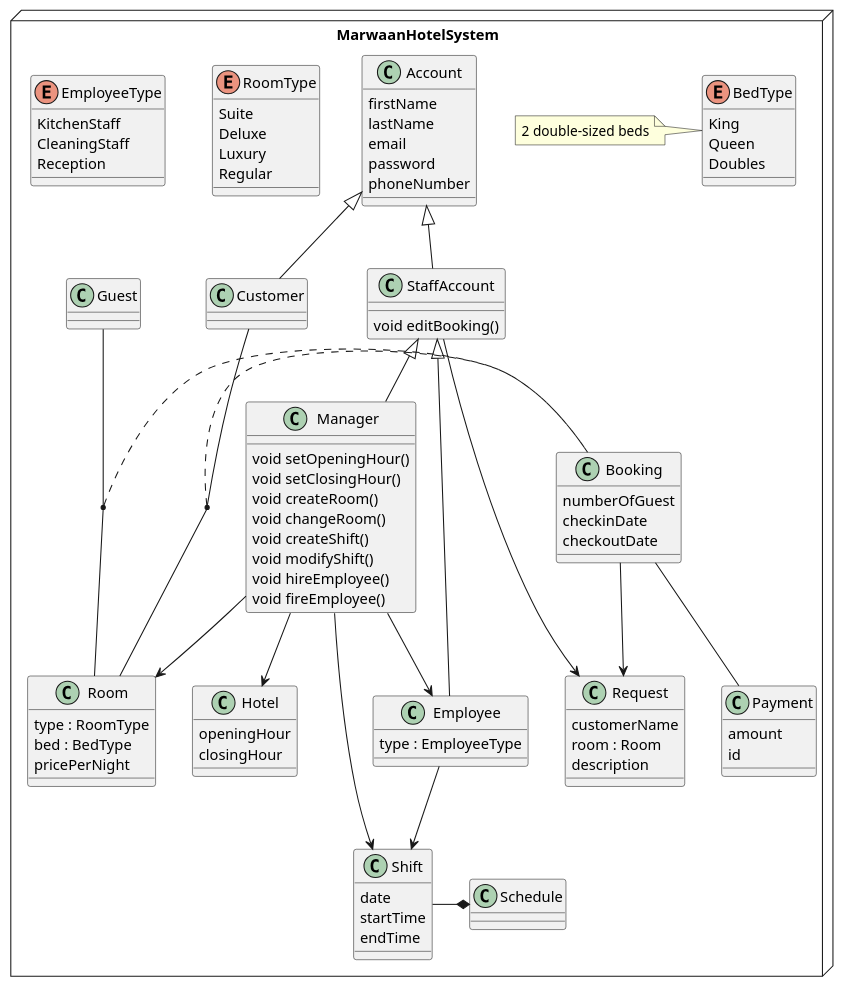
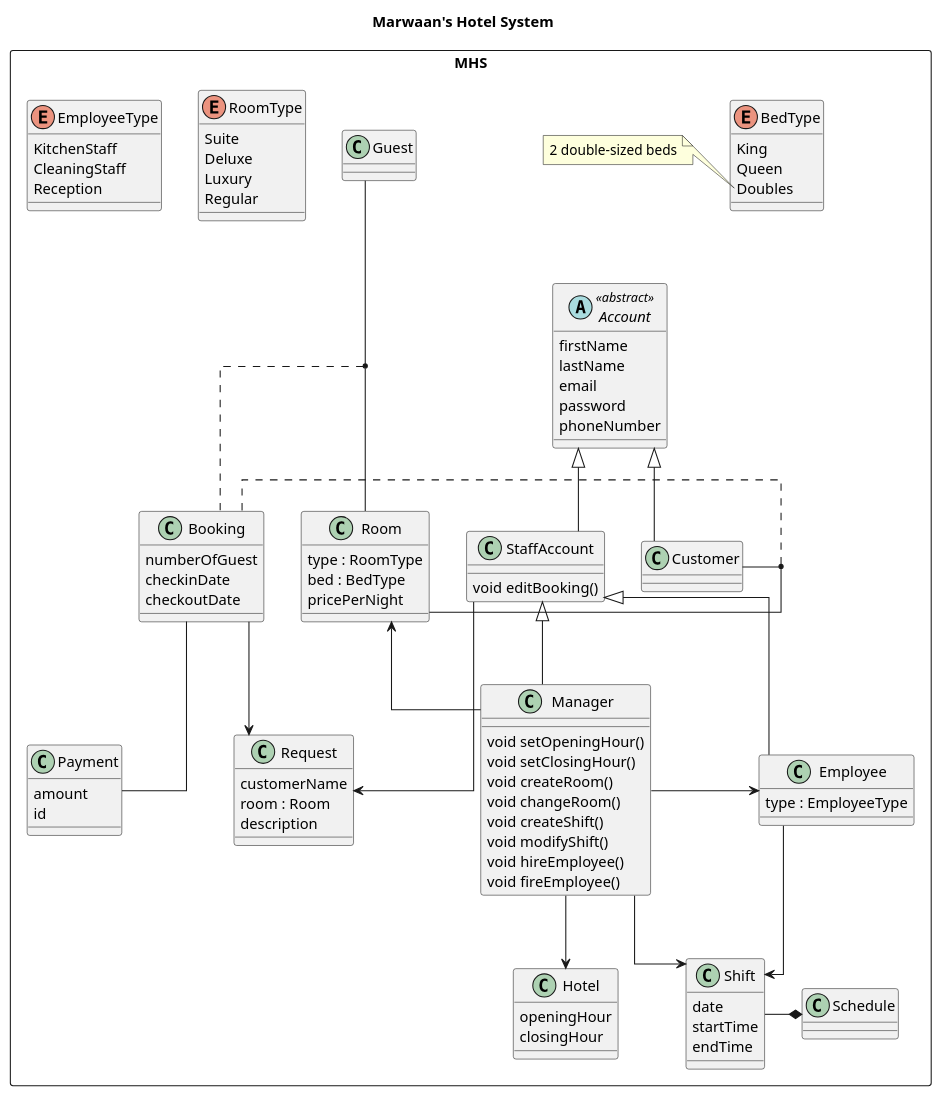
Before and after one commit to notkaramel/ECSE321-Mar1HotelSystem: the diagram in UML/DomainModel.plantuml, drawn with PlantUML. The commit also changed 2 other files, not shown here.

```diff
--- a/UML/DomainModel.plantuml
+++ b/UML/DomainModel.plantuml
@@ -1,112 +1,131 @@
 @startuml MHS
-package MarwaanHotelSystem <<Node>> {
-    Class Account {
-        firstName
-        lastName
-        email
-        password
-        phoneNumber
+title Marwaan's Hotel System
+top to bottom direction
+skinparam linetype ortho
+
+package MHS <<Rectangle>> {
+    together {
+
+        abstract Class Account <<abstract>>{
+            firstName
+            lastName
+            email
+            password
+            phoneNumber
+        }
+
+        Class StaffAccount {
+            void editBooking()
+        }
+
+        Account <|-down- StaffAccount
+        Account <|-down- Customer
+
+        Class Manager {
+            void setOpeningHour()
+            void setClosingHour()
+            void createRoom()
+            void changeRoom()
+            void createShift()
+            void modifyShift()
+            void hireEmployee()
+            void fireEmployee()
+        }
+
+        Class Employee {
+            type : EmployeeType
+        }
+
+        StaffAccount <|-down- Manager
+        StaffAccount <|-down- Employee
+
+
+        Class Customer {
+        }
+    }
+    Class Guest
+
+    together {
+
+        Class Room {
+            type : RoomType
+            bed : BedType
+            pricePerNight
+        }
+
+        Class Booking {
+            numberOfGuest
+            checkinDate
+            checkoutDate
+        }
+
+        Class Request {
+            customerName
+            room : Room
+            description
+        }
     }
 
-    Class StaffAccount extends Account {
-        void editBooking()
+
+    Class Hotel {
+        openingHour
+        closingHour
     }
-
-    Class Manager extends StaffAccount {
-        void setOpeningHour()
-        void setClosingHour()
-        void createRoom()
-        void changeRoom()
-        void createShift()
-        void modifyShift()
-        void hireEmployee()
-        void fireEmployee()
-    }
-
-    Class Employee extends StaffAccount {
-        type : EmployeeType
-    }
-
-    Class Room {
-        type : RoomType
-        bed : BedType
-        pricePerNight
-    }
-
-    Class Booking {
-        numberOfGuest
-        checkinDate
-        checkoutDate
-    }
-
-    Class Request {
-        customerName
-        room : Room
-        description
-    }
-
-    Class Customer extends Account {
-    }
-
-    Class Guest
 
     Class Payment {
         amount
         id
     }
 
     Class Shift {
         date
         startTime
         endTime
     }
 
     Class Schedule
 
-    Class Hotel {
-        openingHour
-        closingHour
-    }
 
     Manager --> Room
     Manager --> Hotel
 
-    Manager --> Employee
+    Manager -left-> Employee
     StaffAccount --> Request
 
     Employee --> Shift
 
     Manager --> Shift
 
     Booking -- Payment
     Booking --> Request
 
-    Customer -- Room
-    (Customer, Room) . Booking
+    Room -up- Customer
+    (Customer, Room) .right. Booking
 
-    Guest -- Room
-    (Guest, Room) . Booking
+    Guest -down- Room
+    (Guest, Room) ... Booking
     Shift -right-* Schedule
 
     enum RoomType {
         Suite
         Deluxe
         Luxury
         Regular
     }
 
     enum BedType {
         King
         Queen
         Doubles
     }
 
     enum EmployeeType {
         KitchenStaff
         CleaningStaff
         Reception
     }
-    note left of BedType
-        2 double-sized beds
+    note left of BedType::Doubles
+    2 double-sized beds
     end note
-    @enduml
+}
+@enduml
```
